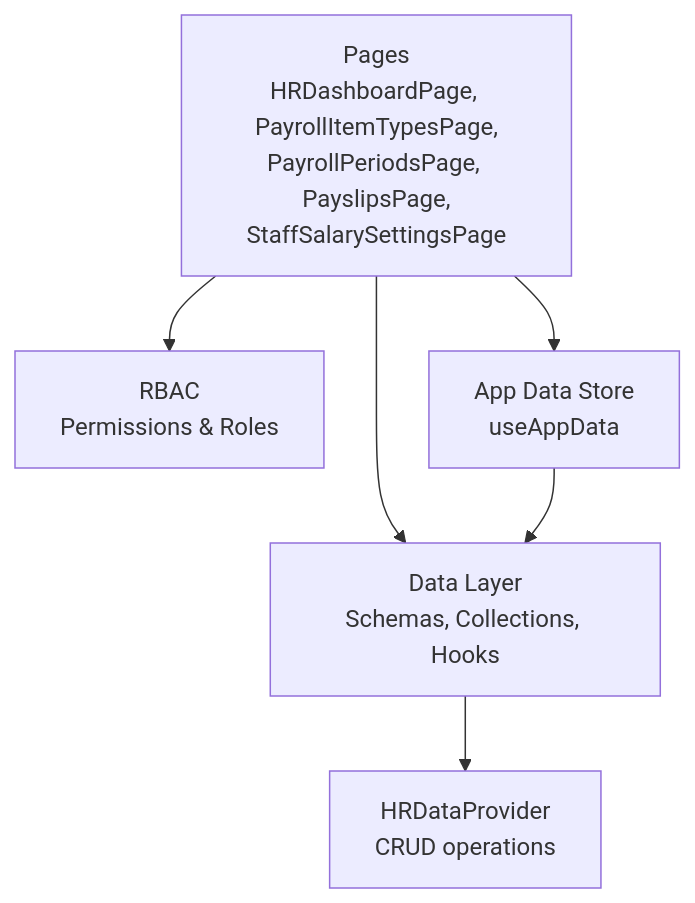
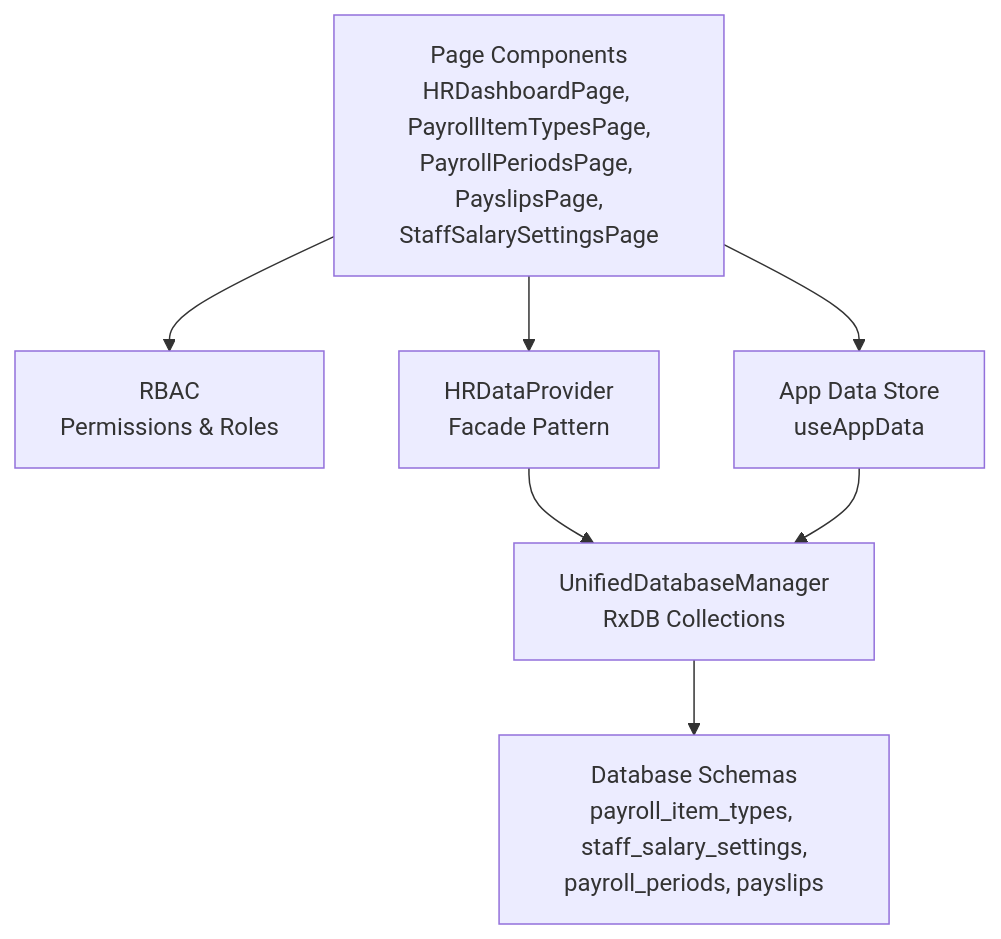
Before and after one commit to geniusdynamics/schoolpilot: the second of 11 diagrams in .qoder/repowiki/en/content/Modules System/HR Module.md, drawn with Mermaid. The commit also changed other lines of this file and 16 other files, not shown here.

````diff
--- a/.qoder/repowiki/en/content/Modules System/HR Module.md
+++ b/.qoder/repowiki/en/content/Modules System/HR Module.md
@@ -93,13 +113,15 @@
 ```mermaid
 graph TB
-UI["Pages<br/>HRDashboardPage, PayrollItemTypesPage,<br/>PayrollPeriodsPage, PayslipsPage,<br/>StaffSalarySettingsPage"]
+UI["Page Components<br/>HRDashboardPage, PayrollItemTypesPage,<br/>PayrollPeriodsPage, PayslipsPage,<br/>StaffSalarySettingsPage"]
 RBAC["RBAC<br/>Permissions & Roles"]
-DATA["Data Layer<br/>Schemas, Collections, Hooks"]
-PROVIDER["HRDataProvider<br/>CRUD operations"]
+FACADE["HRDataProvider<br/>Facade Pattern"]
+DB["UnifiedDatabaseManager<br/>RxDB Collections"]
+SCHEMA["Database Schemas<br/>payroll_item_types, staff_salary_settings,<br/>payroll_periods, payslips"]
 STORE["App Data Store<br/>useAppData"]
 UI --> RBAC
-UI --> DATA
-DATA --> PROVIDER
+UI --> FACADE
+FACADE --> DB
+DB --> SCHEMA
 UI --> STORE
-STORE --> DATA
+STORE --> DB
 ```
````
